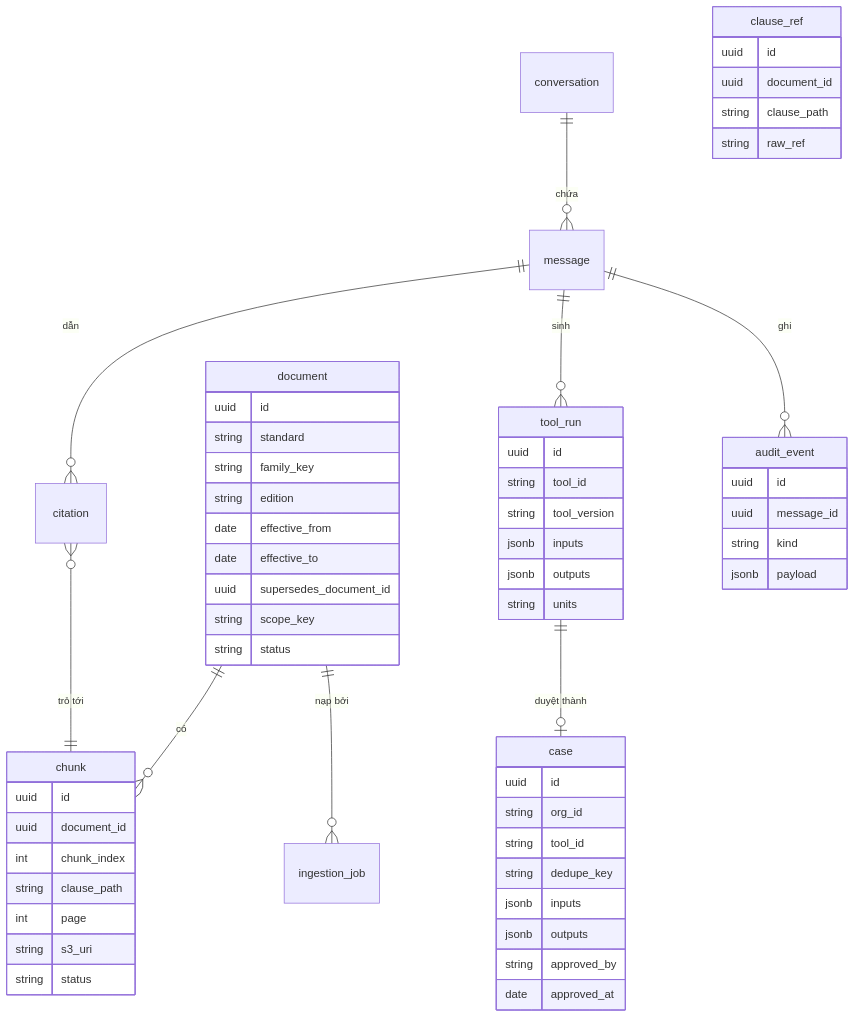
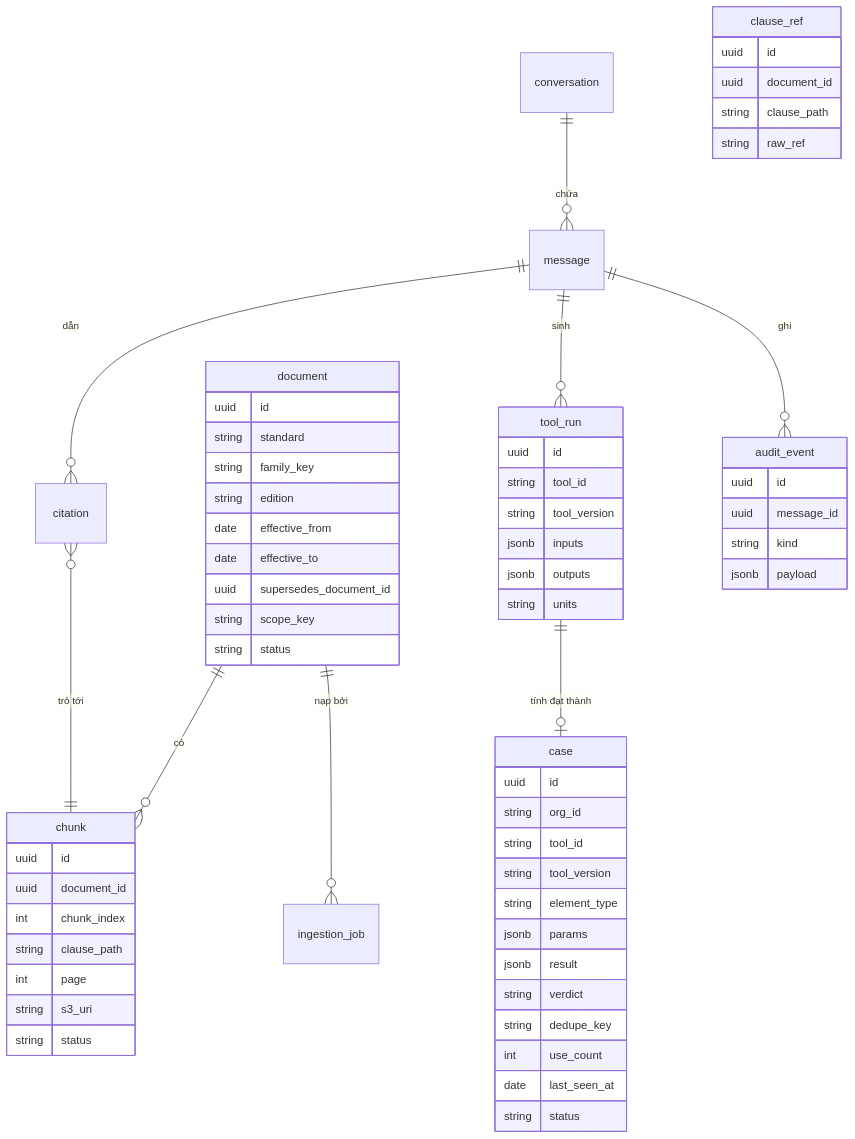
Before and after one commit to vdloc/vfstructures-ai-solution: diagram 14 of 15 in ship/01-kien-truc.md, drawn with Mermaid. The commit also changed other lines of this file and 10 other files, not shown here.

````diff
--- a/ship/01-kien-truc.md
+++ b/ship/01-kien-truc.md
@@ -775,18 +740,18 @@
 ```mermaid
 erDiagram
  document ||--o{ chunk : "có"
  document ||--o{ ingestion_job : "nạp bởi"
  conversation ||--o{ message : "chứa"
  message ||--o{ citation : "dẫn"
  citation }o--|| chunk : "trỏ tới"
  message ||--o{ tool_run : "sinh"
- tool_run ||--o| case : "duyệt thành"
+ tool_run ||--o| case : "tính đạt thành"
  message ||--o{ audit_event : "ghi"
 
  document { uuid id string standard string family_key string edition date effective_from date effective_to uuid supersedes_document_id string scope_key string status }
  chunk { uuid id uuid document_id int chunk_index string clause_path int page string s3_uri string status }
  clause_ref { uuid id uuid document_id string clause_path string raw_ref }
- case { uuid id string org_id string tool_id string dedupe_key jsonb inputs jsonb outputs string approved_by date approved_at }
+ case { uuid id string org_id string tool_id string tool_version string element_type jsonb params jsonb result string verdict string dedupe_key int use_count date last_seen_at string status }
  tool_run { uuid id string tool_id string tool_version jsonb inputs jsonb outputs string units }
  audit_event { uuid id uuid message_id string kind jsonb payload }
 ```
````
